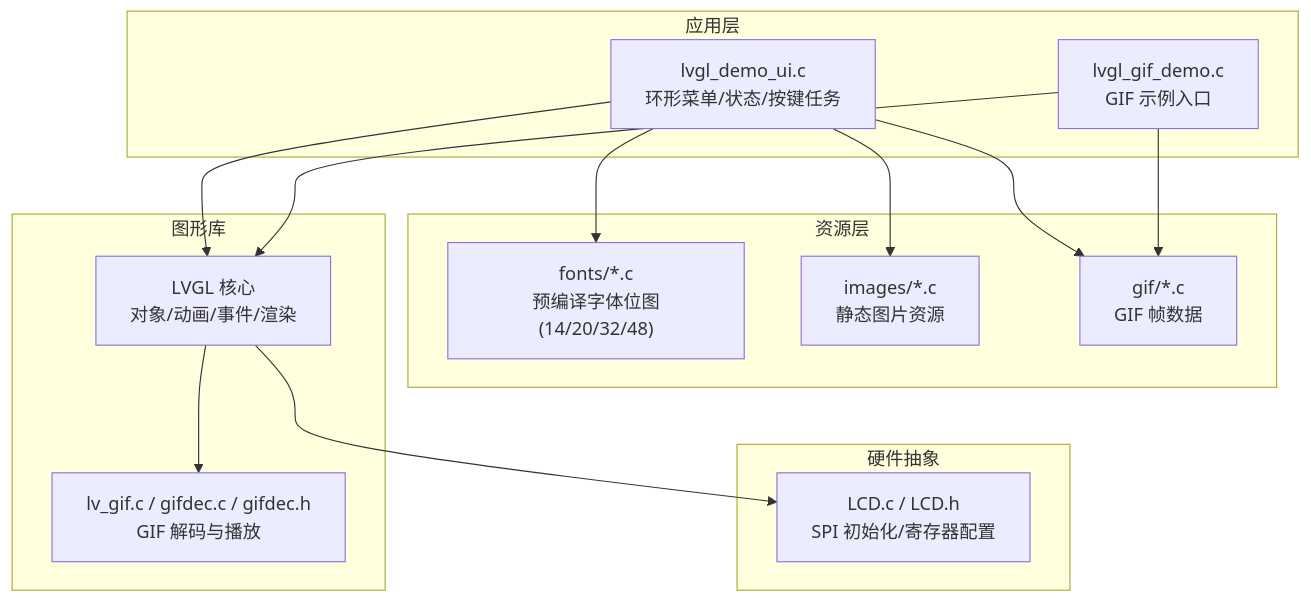
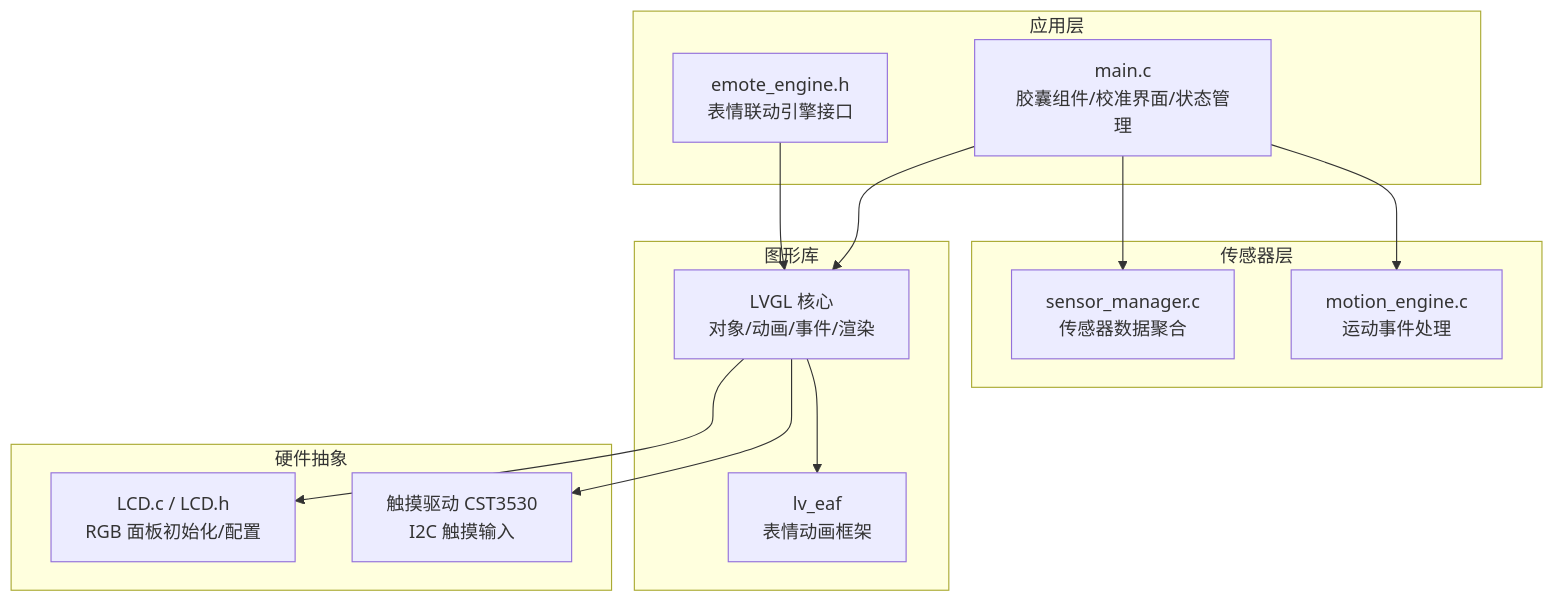
The first of 5 diagrams in .qoder/repowiki/zh/content/用户界面设计/用户界面设计.md (hennychen/PathFinder_LCD), drawn with Mermaid before and after one commit. The commit also changed other lines of this file and 5 other files, not shown here.

````diff
--- a/.qoder/repowiki/zh/content/用户界面设计/用户界面设计.md
+++ b/.qoder/repowiki/zh/content/用户界面设计/用户界面设计.md
@@ -46,27 +46,26 @@
 ```mermaid
 graph TB
 subgraph "应用层"
-A["lvgl_demo_ui.c<br/>环形菜单/状态/按键任务"]
-B["lvgl_gif_demo.c<br/>GIF 示例入口"]
+A["main.c<br/>胶囊组件/校准界面/状态管理"]
+B["emote_engine.h<br/>表情联动引擎接口"]
 end
-subgraph "资源层"
-C["fonts/*.c<br/>预编译字体位图(14/20/32/48)"]
-D["images/*.c<br/>静态图片资源"]
-E["gif/*.c<br/>GIF 帧数据"]
+subgraph "传感器层"
+C["sensor_manager.c<br/>传感器数据聚合"]
+D["motion_engine.c<br/>运动事件处理"]
 end
 subgraph "图形库"
-F["lv_gif.c / gifdec.c / gifdec.h<br/>GIF 解码与播放"]
-G["LVGL 核心<br/>对象/动画/事件/渲染"]
+E["LVGL 核心<br/>对象/动画/事件/渲染"]
+F["lv_eaf<br/>表情动画框架"]
 end
 subgraph "硬件抽象"
-H["LCD.c / LCD.h<br/>SPI 初始化/寄存器配置"]
+G["LCD.c / LCD.h<br/>RGB 面板初始化/配置"]
+H["触摸驱动 CST3530<br/>I2C 触摸输入"]
 end
-A --> G
-B --> G
+A --> E
 A --> C
 A --> D
-A --> E
 B --> E
-G --> F
-G --> H
+E --> F
+E --> G
+E --> H
 ```
````
